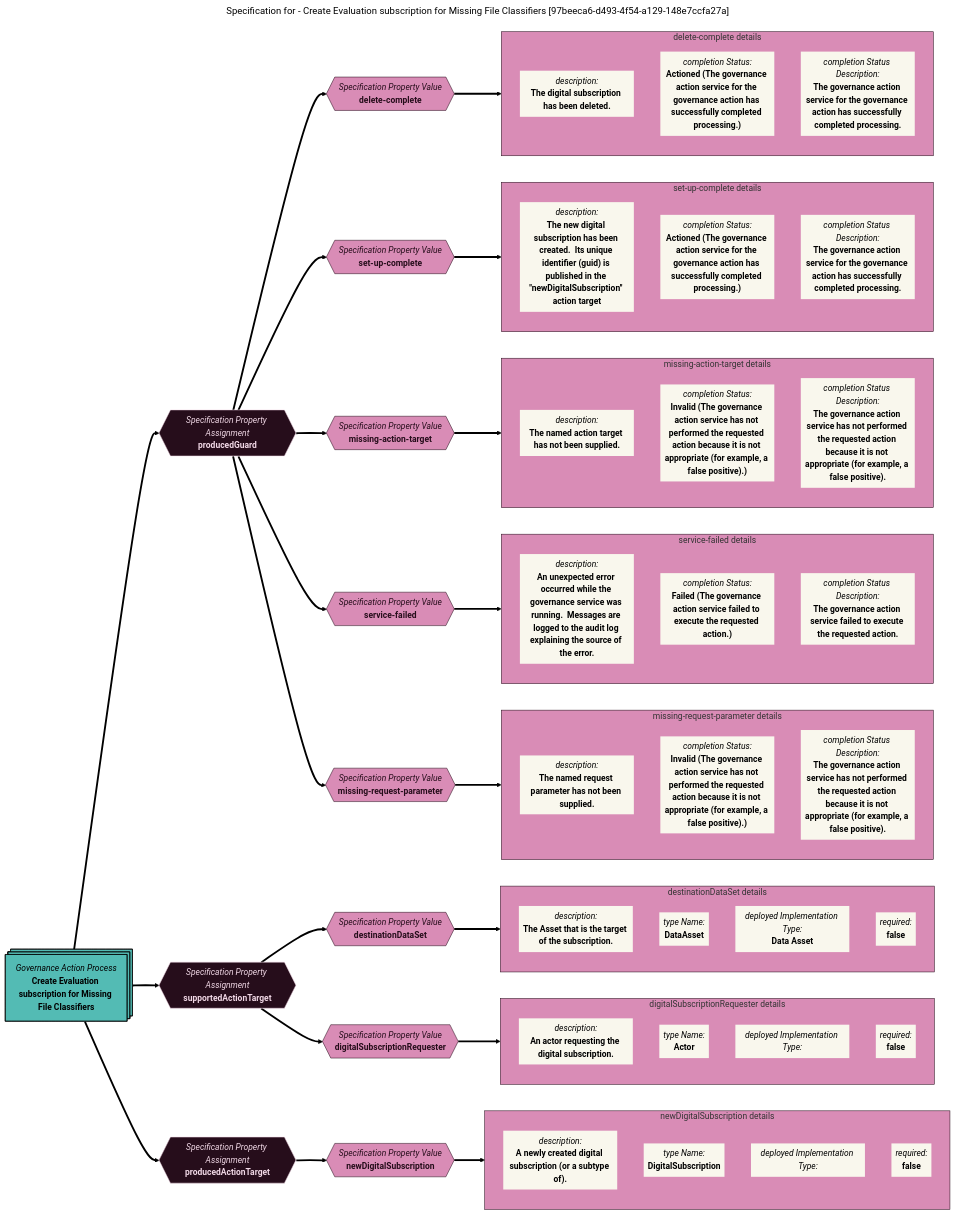
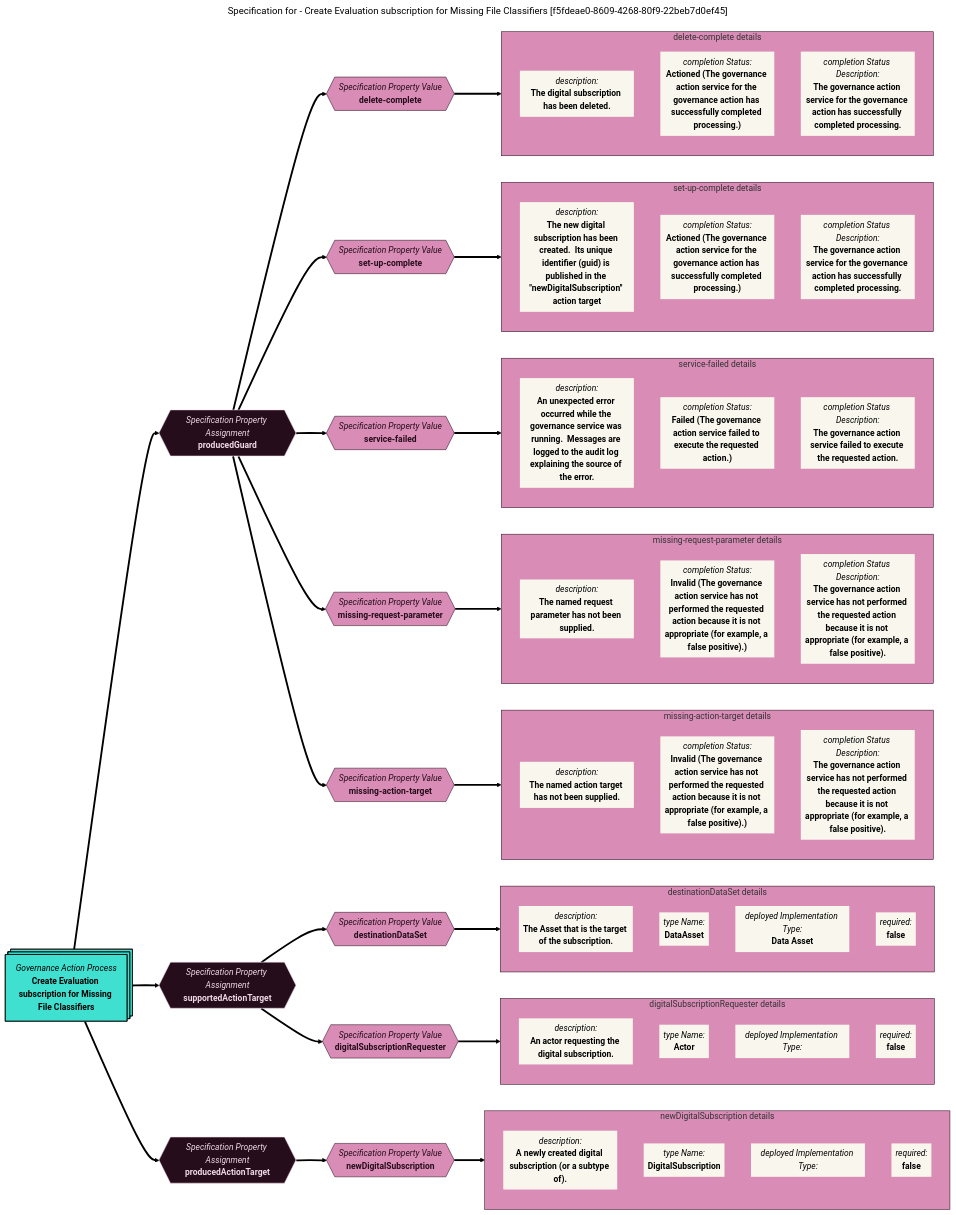
The diagram in site/snippets/governance-action-processes/create-evaluation-subscription-for-missing-file-classifiers-specification-mermaid-graph.md (odpi/egeria-docs), drawn with Mermaid (forest theme) before and after one commit. The commit also changed 2201 other files, not shown here.

````diff
--- a/site/snippets/governance-action-processes/create-evaluation-subscription-for-missing-file-classifiers-specification-mermaid-graph.md
+++ b/site/snippets/governance-action-processes/create-evaluation-subscription-for-missing-file-classifiers-specification-mermaid-graph.md
@@ -1,6 +1,6 @@
 ```mermaid
 ---
-title: Specification for - Create Evaluation subscription for Missing File Classifiers [97beeca6-d493-4f54-a129-148e7ccfa27a]
+title: Specification for - Create Evaluation subscription for Missing File Classifiers [f5fdeae0-8609-4268-80f9-22beb7d0ef45]
 ---
 flowchart LR
 %%{init: {"flowchart": {"htmlLabels": false}} }%%
@@ -35,35 +35,35 @@
 end
 8==>9
 13@{ shape: hex, label: "*Specification Property Value*
-**missing-action-target**"}
+**service-failed**"}
 2==>13
-subgraph 14 [missing-action-target details]
+subgraph 14 [service-failed details]
 15@{ shape: text, label: "*description:*
-**The named action target has not been supplied.**"}
+**An unexpected error occurred while the governance service was running.  Messages are logged to the audit log explaining the source of the error.**"}
 16@{ shape: text, label: "*completion Status:*
-**Invalid (The governance action service has not performed the requested action because it is not appropriate (for example, a false positive).)**"}
+**Failed (The governance action service failed to execute the requested action.)**"}
 17@{ shape: text, label: "*completion Status Description:*
-**The governance action service has not performed the requested action because it is not appropriate (for example, a false positive).**"}
+**The governance action service failed to execute the requested action.**"}
 end
 13==>14
 18@{ shape: hex, label: "*Specification Property Value*
-**service-failed**"}
+**missing-request-parameter**"}
 2==>18
-subgraph 19 [service-failed details]
+subgraph 19 [missing-request-parameter details]
 20@{ shape: text, label: "*description:*
-**An unexpected error occurred while the governance service was running.  Messages are logged to the audit log explaining the source of the error.**"}
+**The named request parameter has not been supplied.**"}
 21@{ shape: text, label: "*completion Status:*
-**Failed (The governance action service failed to execute the requested action.)**"}
+**Invalid (The governance action service has not performed the requested action because it is not appropriate (for example, a false positive).)**"}
 22@{ shape: text, label: "*completion Status Description:*
-**The governance action service failed to execute the requested action.**"}
+**The governance action service has not performed the requested action because it is not appropriate (for example, a false positive).**"}
 end
 18==>19
 23@{ shape: hex, label: "*Specification Property Value*
-**missing-request-parameter**"}
+**missing-action-target**"}
 2==>23
-subgraph 24 [missing-request-parameter details]
+subgraph 24 [missing-action-target details]
 25@{ shape: text, label: "*description:*
-**The named request parameter has not been supplied.**"}
+**The named action target has not been supplied.**"}
 26@{ shape: text, label: "*completion Status:*
 **Invalid (The governance action service has not performed the requested action because it is not appropriate (for example, a false positive).)**"}
 27@{ shape: text, label: "*completion Status Description:*
@@ -150,7 +150,7 @@
 style 39 color:#000000, fill:#F9F7ED, stroke:#b7c0c7
 style 18 color:#260d1b, fill:#d98cb6, stroke:#260d1b
 style 19 color:#260d1b, fill:#d98cb6, stroke:#260d1b
-style 1 color:#000000, fill:#53bbb4, stroke:#000000
+style 1 color:#000000, fill:#40E0D0, stroke:#000000
 style 2 color:#f2d9e7, fill:#260d1b, stroke:#f2d9e7
 style 3 color:#260d1b, fill:#d98cb6, stroke:#260d1b
 style 4 color:#260d1b, fill:#d98cb6, stroke:#260d1b
````
